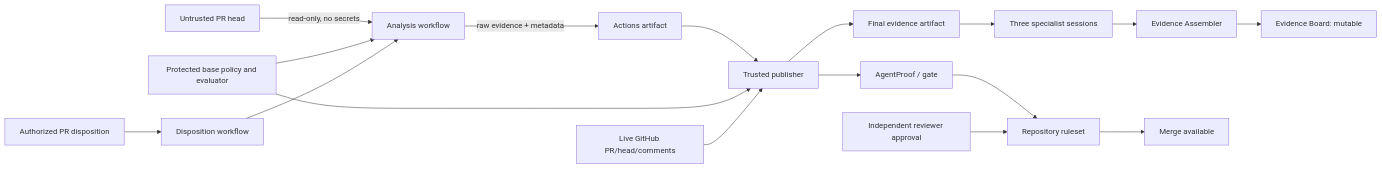
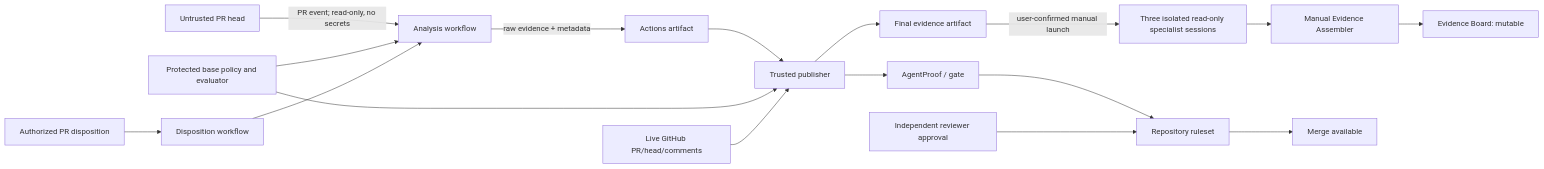
One commit to webmaxru/AgentProof changed the diagram in docs/architecture.md. Above: the diagram before and after it, drawn with Mermaid. The commit also changed other lines of this file and 15 other files, not shown here.

````diff
--- a/docs/architecture.md
+++ b/docs/architecture.md
@@ -28,19 +28,19 @@
 ```mermaid
 flowchart LR
-  PR[Untrusted PR head] -->|read-only, no secrets| A[Analysis workflow]
+  PR[Untrusted PR head] -->|PR event; read-only, no secrets| A[Analysis workflow]
   BP[Protected base policy and evaluator] --> A
   A -->|raw evidence + metadata| AR[Actions artifact]
   AR --> P[Trusted publisher]
   BP --> P
   GH[Live GitHub PR/head/comments] --> P
   P --> C[AgentProof / gate]
   P --> F[Final evidence artifact]
   C --> R[Repository ruleset]
-  F --> S[Three specialist sessions]
-  S --> E[Evidence Assembler]
+  F -->|user-confirmed manual launch| S[Three isolated read-only specialist sessions]
+  S --> E[Manual Evidence Assembler]
   E --> B[Evidence Board: mutable]
   H[Authorized PR disposition] --> D[Disposition workflow]
   D --> A
   I[Independent reviewer approval] --> R
   R --> M[Merge available]
 ```
````
